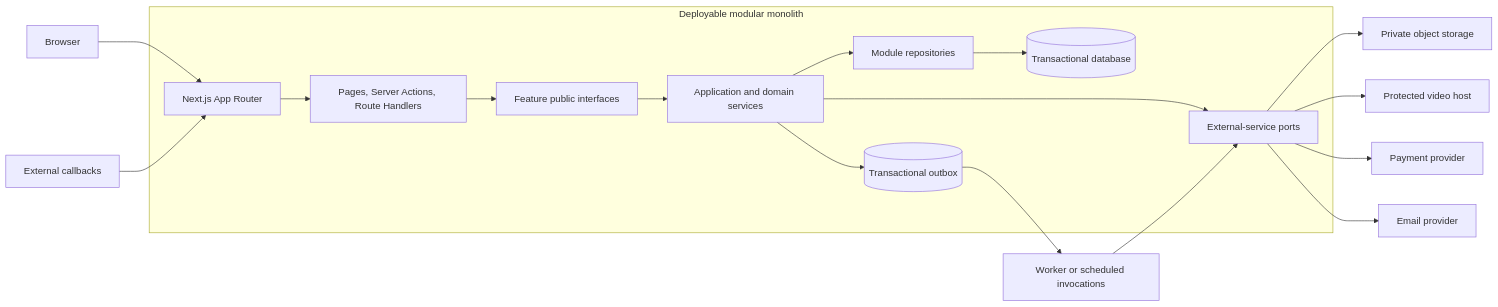
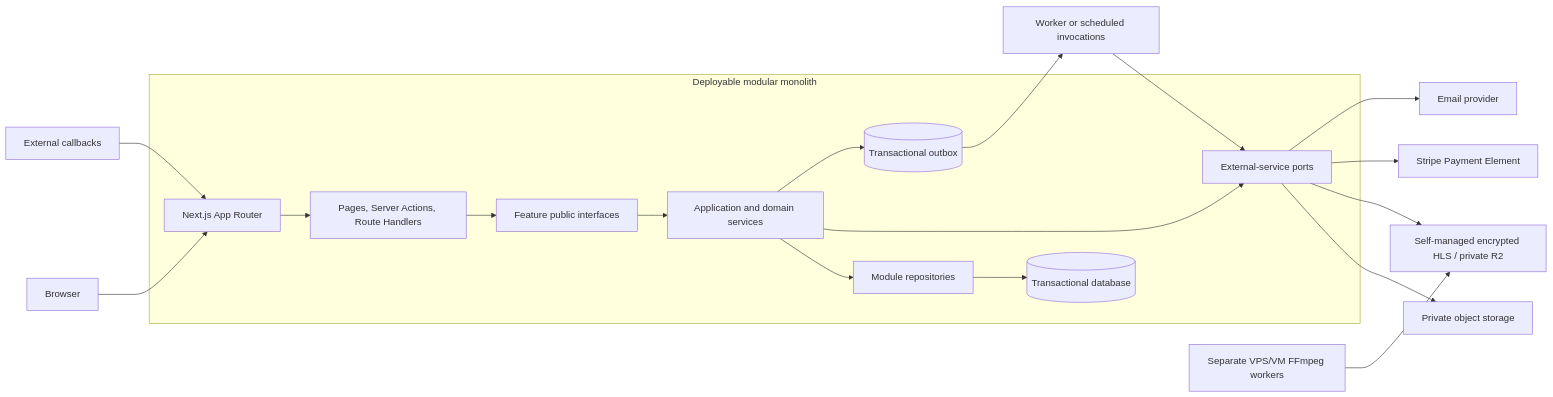
The diagram in docs/architecture/overview.md (IBPA-ANDREEVA/lms-academy), drawn with Mermaid before and after one commit. The commit also changed other lines of this file and 16 other files, not shown here.

````diff
--- a/docs/architecture/overview.md
+++ b/docs/architecture/overview.md
@@ -62,22 +65,23 @@
 ```mermaid
 flowchart LR
     Browser[Browser] --> App[Next.js App Router]
     Provider[External callbacks] --> App
 
     subgraph Monolith[Deployable modular monolith]
       App --> Entry[Pages, Server Actions, Route Handlers]
       Entry --> Public[Feature public interfaces]
       Public --> Services[Application and domain services]
       Services --> Repos[Module repositories]
       Services --> Ports[External-service ports]
       Repos --> DB[(Transactional database)]
       Services --> Outbox[(Transactional outbox)]
     end
 
     Ports --> Files[Private object storage]
-    Ports --> Video[Protected video host]
-    Ports --> Payment[Payment provider]
+    Ports --> Video[Self-managed encrypted HLS / private R2]
+    Ports --> Payment[Stripe Payment Element]
     Ports --> Email[Email provider]
     Outbox --> Workers[Worker or scheduled invocations]
     Workers --> Ports
+    Media[Separate VPS/VM FFmpeg workers] --> Video
 ```
````
